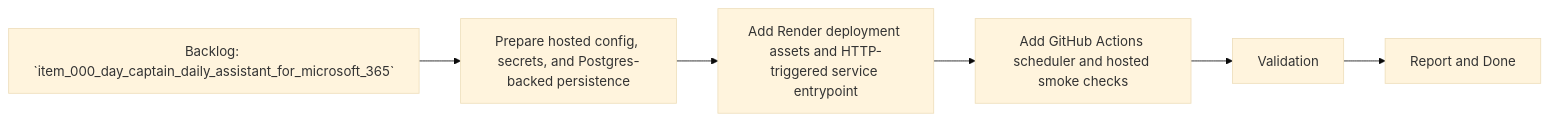
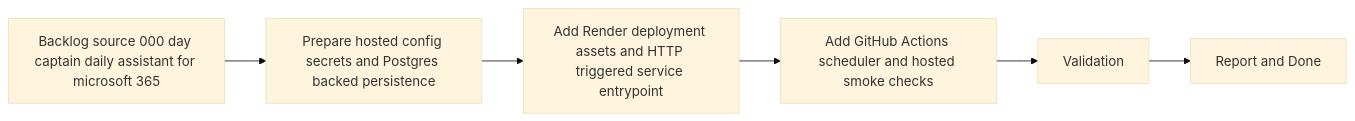
One commit to AlexAgo83/day-captain changed the diagram in logics/tasks/task_003_day_captain_render_deployment_and_scheduler.md. Above: the diagram before and after it, drawn with Mermaid (base theme). The commit also changed 40 other files, not shown here.

Commit message:
Normalize Logics Mermaid diagrams

````diff
--- a/logics/tasks/task_003_day_captain_render_deployment_and_scheduler.md
+++ b/logics/tasks/task_003_day_captain_render_deployment_and_scheduler.md
@@ -19,8 +19,8 @@
 ```mermaid
 flowchart LR
-    Backlog[Backlog: `item_000_day_captain_daily_assistant_for_microsoft_365`] --> Step1[Prepare hosted config, secrets, and Postgres-backed persistence]
-    Step1 --> Step2[Add Render deployment assets and HTTP-triggered service entrypoint]
+    Backlog[Backlog source 000 day captain daily assistant for microsoft 365] --> Step1[Prepare hosted config secrets and Postgres backed persistence]
+    Step1 --> Step2[Add Render deployment assets and HTTP triggered service entrypoint]
     Step2 --> Step3[Add GitHub Actions scheduler and hosted smoke checks]
     Step3 --> Validation[Validation]
     Validation --> Report[Report and Done]
 ```
````
